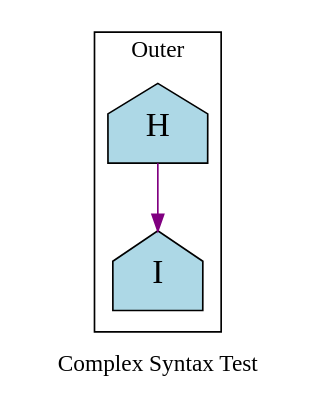
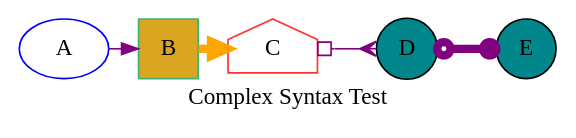
Before and after one commit to graphviz-perl/GraphViz2-Marpa-PathUtils: the diagram in out/clusters.out.06.002.gv, drawn with Graphviz. The commit also changed 47 other files, not shown here.

```diff
--- a/out/clusters.out.06.002.gv
+++ b/out/clusters.out.06.002.gv
@@ -1,39 +1,47 @@
 strict digraph graph_55
 {
 	label = "Complex Syntax Test"
 
+	A[color = "blue"]
 	node[shape = "house"]
 	edge[color = "purple"]
 
 	{
 		rank = "same"
 
+		C
 		node[fillcolor = "goldenrod" shape = "circle" style = "filled"]
+		A -> B
+		B[color = "mediumseagreen"]
+		C[color = "firebrick1"]
+		B -> C[color = "orange" penwidth = "5"]
 		node[fillcolor = "turquoise4"]
+		C -> D[arrowtail = "obox" arrowhead = "crow" dir = "both" minlen = "2"]
+		D -> E[arrowtail = "odot" arrowhead = "dot" dir = "both" minlen = "2" penwidth = "5"]
 
 		{
 			node[fillcolor = "darkorchid" shape = "pentagon"]
 
 		}
 
 	}
+	B[shape = "square"]
 	node[fillcolor = "lightblue" fontsize = "20" style = "filled"]
 
 	subgraph cluster_outer
 	{
 		label = "Outer"
 
-		H -> I
 		subgraph cluster_inner
 		{
 			label = "Inner"
 
 			node[fillcolor = "magenta" fontsize = "26" shape = "triangle"]
 			edge[color = "blue"]
 
 		}
 
 	}
 	graph[rankdir = "TB"]
 
 }
```
